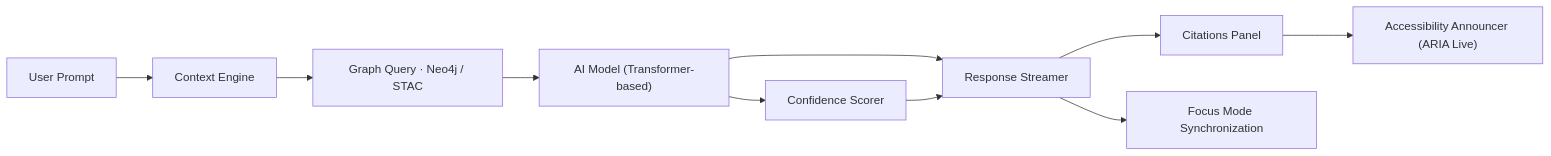
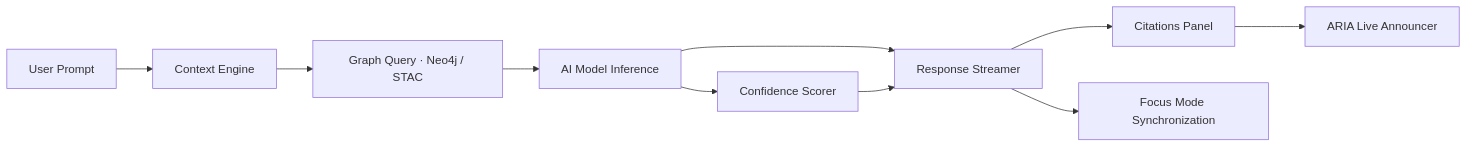
The first of 4 diagrams in docs/design/reviews/ui_components/ai_assistant.md (bartytime4life/Kansas-Frontier-Matrix), drawn with Mermaid before and after one commit. The commit also changed other lines of this file, not shown here.

````diff
--- a/docs/design/reviews/ui_components/ai_assistant.md
+++ b/docs/design/reviews/ui_components/ai_assistant.md
@@ -115,12 +123,12 @@
 ```mermaid
 flowchart LR
-  A["User Prompt"] --> B["Context Engine"]
-  B --> C["Graph Query · Neo4j / STAC"]
-  C --> D["AI Model (Transformer-based)"]
-  D --> E["Response Streamer"]
-  D --> F["Confidence Scorer"]
-  F --> E
-  E --> G["Citations Panel"]
-  E --> H["Focus Mode Synchronization"]
-  G --> I["Accessibility Announcer (ARIA Live)"]
+  U["User Prompt"] --> CE["Context Engine"]
+  CE --> GQ["Graph Query · Neo4j / STAC"]
+  GQ --> M["AI Model Inference"]
+  M --> R["Response Streamer"]
+  M --> CF["Confidence Scorer"]
+  CF --> R
+  R --> C["Citations Panel"]
+  R --> F["Focus Mode Synchronization"]
+  C --> A11Y["ARIA Live Announcer"]
 ```
````
